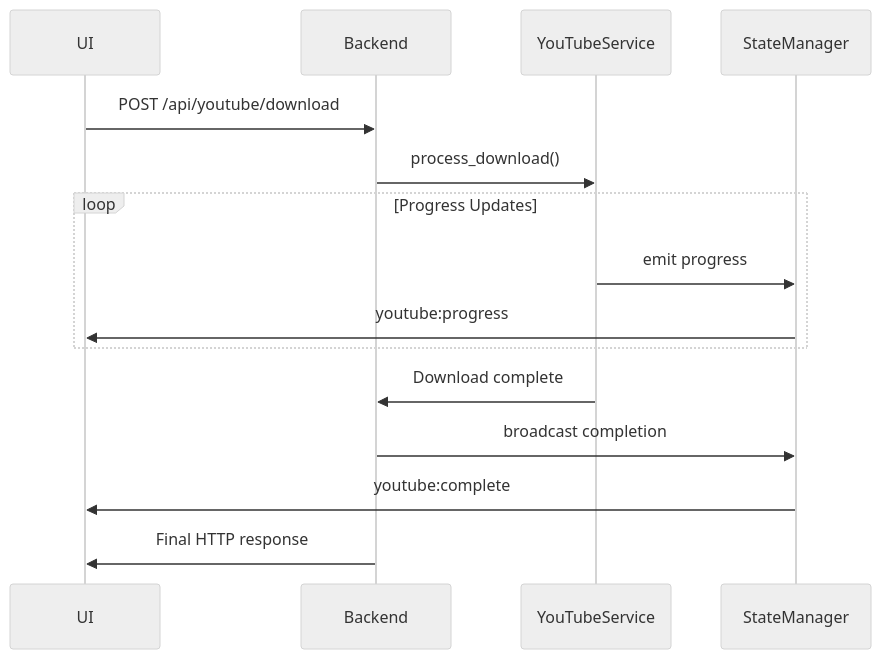
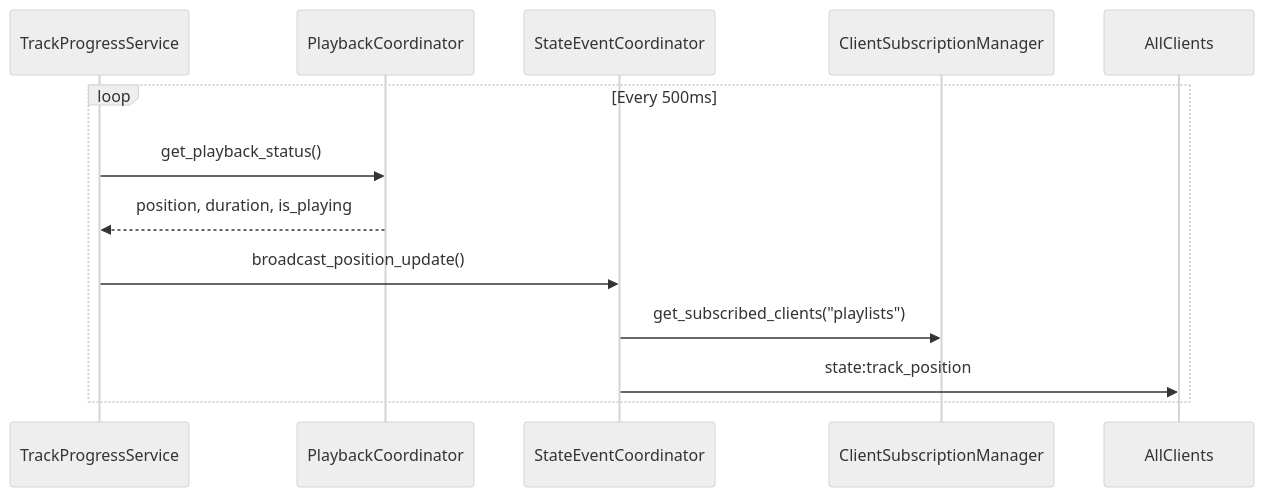
The sixth of 6 diagrams in documentation/api-socketio-communication.md (The-Open-Music-Box/theopenmusicbox), drawn with Mermaid (neutral theme) before and after one commit. The commit also changed other lines of this file and 7 other files, not shown here.

First line of the commit message:
docs(project): add DDD architecture documentation

````diff
--- a/documentation/api-socketio-communication.md
+++ b/documentation/api-socketio-communication.md
@@ -882,20 +485,16 @@
 ```mermaid
 sequenceDiagram
-    participant UI
-    participant Backend
-    participant YouTubeService
-    participant StateManager
+    participant TrackProgressService
+    participant PlaybackCoordinator
+    participant StateEventCoordinator
+    participant ClientSubscriptionManager
+    participant AllClients
 
-    UI->>Backend: POST /api/youtube/download
-    Backend->>YouTubeService: process_download()
-
-    loop Progress Updates
-        YouTubeService->>StateManager: emit progress
-        StateManager->>UI: youtube:progress
+    loop Every 500ms
+        TrackProgressService->>PlaybackCoordinator: get_playback_status()
+        PlaybackCoordinator-->>TrackProgressService: position, duration, is_playing
+        TrackProgressService->>StateEventCoordinator: broadcast_position_update()
+        StateEventCoordinator->>ClientSubscriptionManager: get_subscribed_clients("playlists")
+        StateEventCoordinator->>AllClients: state:track_position
     end
-
-    YouTubeService->>Backend: Download complete
-    Backend->>StateManager: broadcast completion
-    StateManager->>UI: youtube:complete
-    Backend->>UI: Final HTTP response
 ```
````
